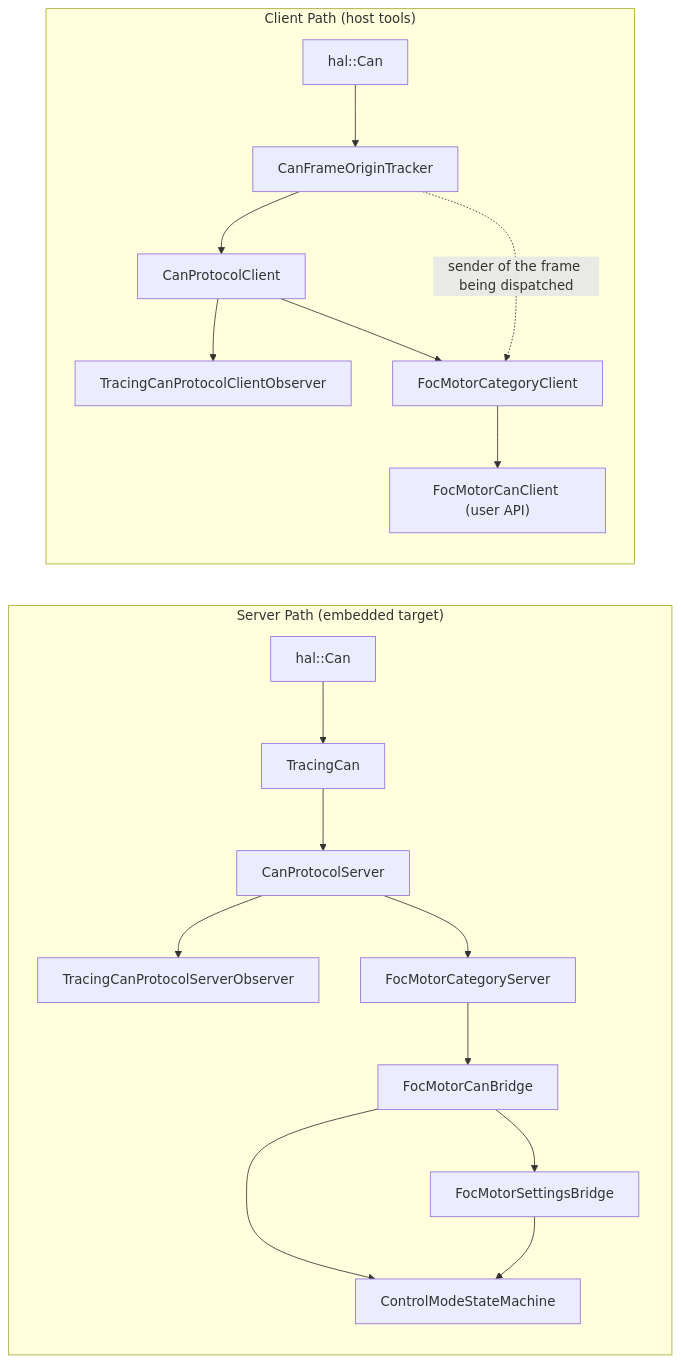
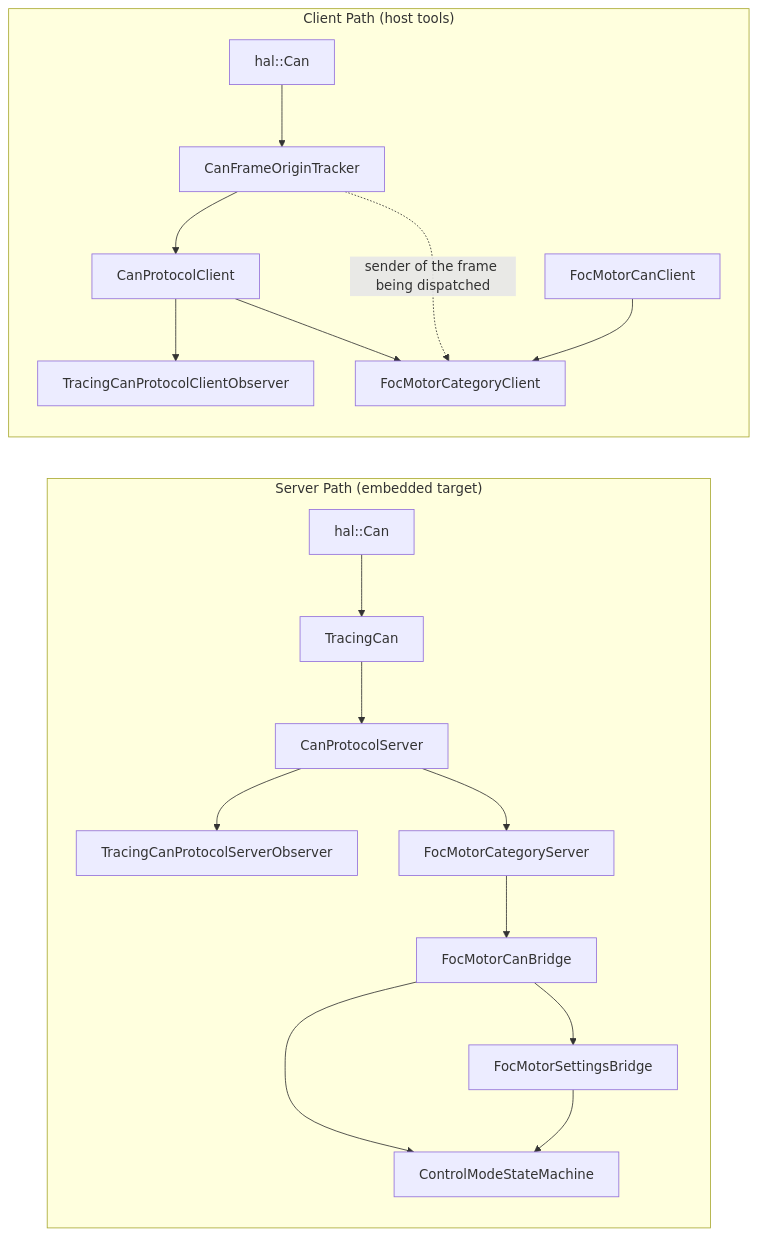
One commit to embedded-pro/e-foc changed the sixth of 6 diagrams in documentation/design/service-can.md. Above: the diagram before and after it, drawn with Mermaid. The commit also changed other lines of this file and 54 other files, not shown here.

````diff
--- a/documentation/design/service-can.md
+++ b/documentation/design/service-can.md
@@ -574,22 +572,22 @@
 ```mermaid
 graph LR
     subgraph "Server Path (embedded target)"
         HAL_CAN_S["hal::Can"] --> TC["TracingCan"]
         TC --> CPS["CanProtocolServer"]
         CPS --> CPSO["TracingCanProtocolServerObserver"]
         CPS --> MCS["FocMotorCategoryServer"]
         MCS --> BRG["FocMotorCanBridge"]
         BRG --> SM["ControlModeStateMachine"]
         BRG --> SET["FocMotorSettingsBridge"]
         SET --> SM
     end
 
     subgraph "Client Path (host tools)"
         HAL_CAN_C["hal::Can"] --> FOT["CanFrameOriginTracker"]
         FOT --> CPC["CanProtocolClient"]
         CPC --> CPCO["TracingCanProtocolClientObserver"]
         CPC --> MCC["FocMotorCategoryClient"]
         FOT -. "sender of the frame being dispatched" .-> MCC
-        MCC --> FMC["FocMotorCanClient (user API)"]
+        FMC["FocMotorCanClient"] --> MCC
     end
 ```
````
